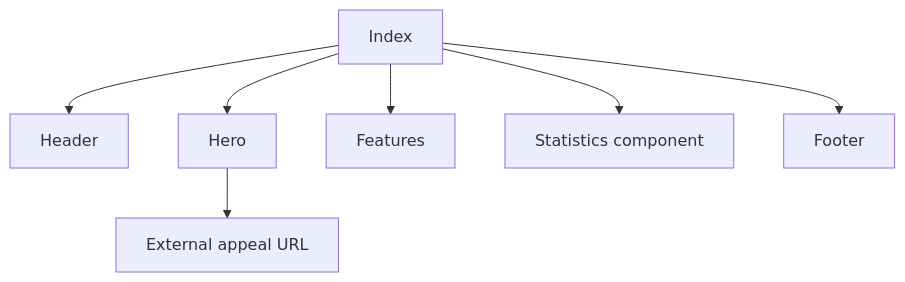
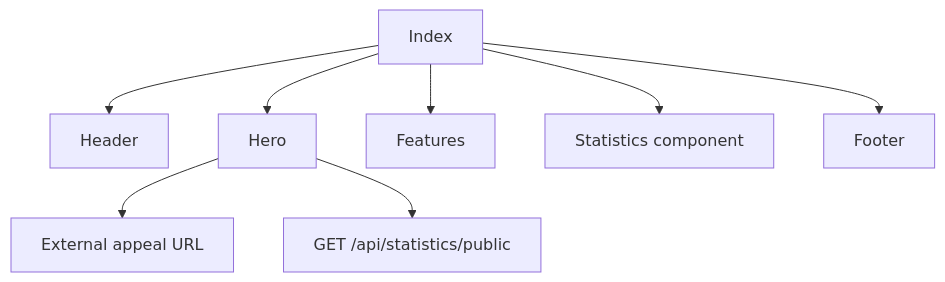
The diagram in src/pages/landing/README.md (Qurbonsaid/murojaat24), drawn with Mermaid before and after one commit. The commit also changed other lines of this file and 12 other files, not shown here.

First line of the commit message:
feat(landing): public statistics API and shared completion uploads

````diff
--- a/src/pages/landing/README.md
+++ b/src/pages/landing/README.md
@@ -19,9 +19,10 @@
 ```mermaid
 flowchart TD
   Index --> Header
   Index --> Hero
   Index --> Features
   Index --> Stats["Statistics component"]
   Index --> Footer
   Hero --> External["External appeal URL"]
+  Hero --> PublicStats["GET /api/statistics/public"]
 ```
````
